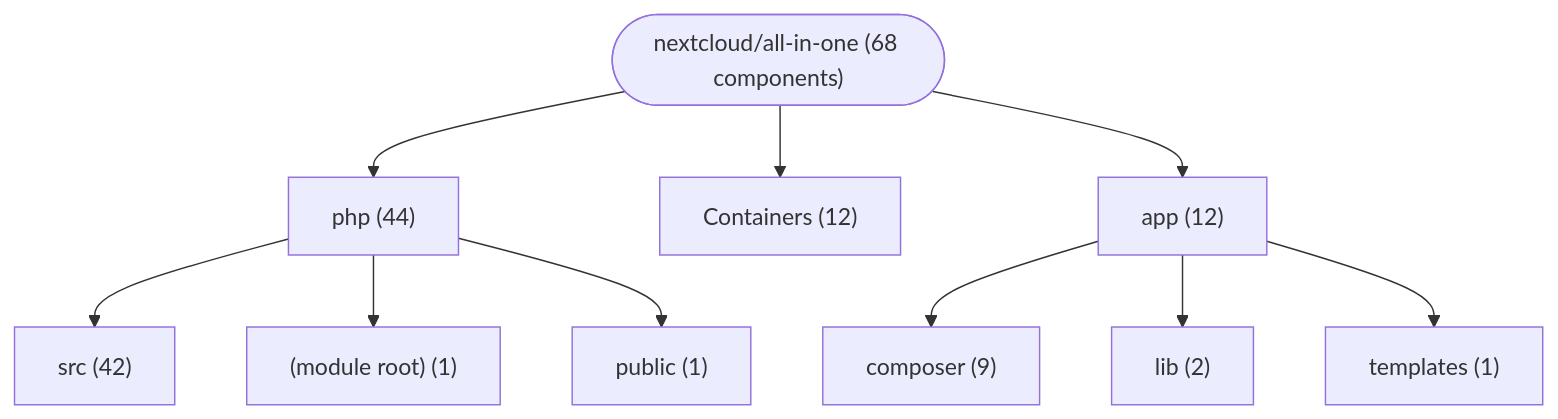
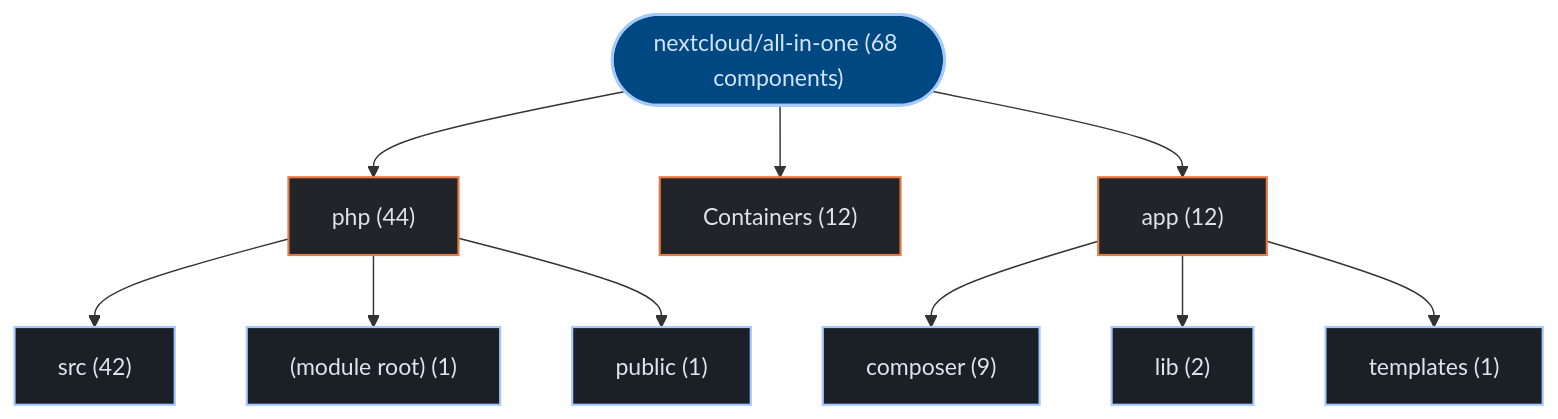
The first of 3 diagrams in exports/latest/reports/nextcloud-all-in-one-report.md (kumarshaz/atruss-code-atlas), drawn with Mermaid before and after one commit. The commit also changed other lines of this file and 331 other files, not shown here.

Commit message:
docs,ui,fix: update SDLC docs, reorder CI/CD DAG first, stylize Mermaid, and fix Arc42 pipeline topology

````diff
--- a/exports/latest/reports/nextcloud-all-in-one-report.md
+++ b/exports/latest/reports/nextcloud-all-in-one-report.md
@@ -42,22 +42,29 @@
 ```mermaid
 graph TD;
-    repo_root(["nextcloud/all-in-one (68 components)"])
-    dir_0_php["php (44)"]
+  classDef atlasRoot fill:#004882,stroke:#a3c9ff,stroke-width:2px,color:#d3e4ff
+  classDef atlasCategory fill:#212428,stroke:#E87A48,stroke-width:1.5px,color:#dfe3eb
+  classDef atlasWorkflow fill:#1b2026,stroke:#a3c9ff,stroke-width:1.5px,color:#dfe3eb
+  classDef atlasJob fill:#171c22,stroke:#8d9199,stroke-width:1px,color:#dfe3eb
+  classDef atlasTarget fill:#005227,stroke:#8bd99b,stroke-width:1.5px,color:#a7f6b6
+  classDef atlasAlert fill:#93000a,stroke:#ffb4ab,stroke-width:1.5px,color:#ffdad6
+  classDef atlasMore fill:#252a31,stroke:#8d9199,stroke-dasharray:4 4,color:#c3c6cf
+    repo_root(["nextcloud/all-in-one (68 components)"]):::atlasRoot
+    dir_0_php["php (44)"]:::atlasCategory
     repo_root --> dir_0_php
-    sub_0_0_src["src (42)"]
+    sub_0_0_src["src (42)"]:::atlasWorkflow
     dir_0_php --> sub_0_0_src
-    sub_0_1__module_root_["(module root) (1)"]
+    sub_0_1__module_root_["(module root) (1)"]:::atlasWorkflow
     dir_0_php --> sub_0_1__module_root_
-    sub_0_2_public["public (1)"]
+    sub_0_2_public["public (1)"]:::atlasWorkflow
     dir_0_php --> sub_0_2_public
-    dir_1_Containers["Containers (12)"]
+    dir_1_Containers["Containers (12)"]:::atlasCategory
     repo_root --> dir_1_Containers
-    dir_2_app["app (12)"]
+    dir_2_app["app (12)"]:::atlasCategory
     repo_root --> dir_2_app
-    sub_2_0_composer["composer (9)"]
+    sub_2_0_composer["composer (9)"]:::atlasWorkflow
     dir_2_app --> sub_2_0_composer
-    sub_2_1_lib["lib (2)"]
+    sub_2_1_lib["lib (2)"]:::atlasWorkflow
     dir_2_app --> sub_2_1_lib
-    sub_2_2_templates["templates (1)"]
+    sub_2_2_templates["templates (1)"]:::atlasWorkflow
     dir_2_app --> sub_2_2_templates
 ```
````
